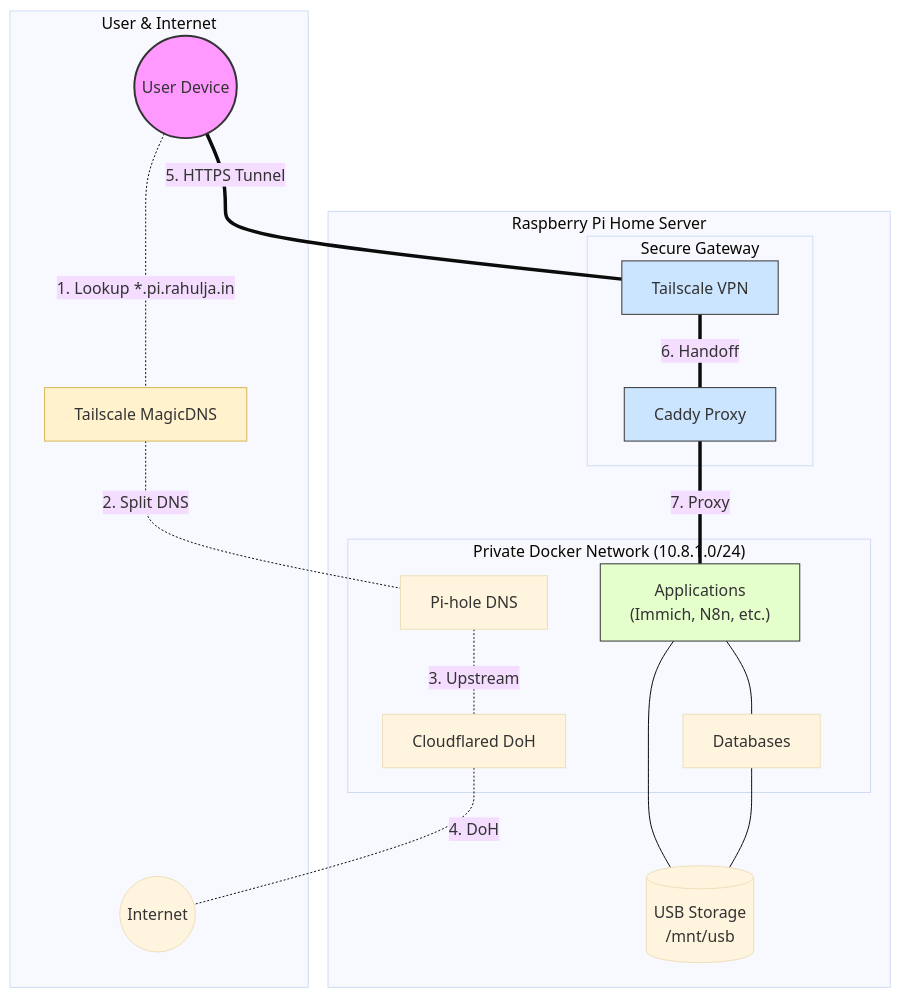
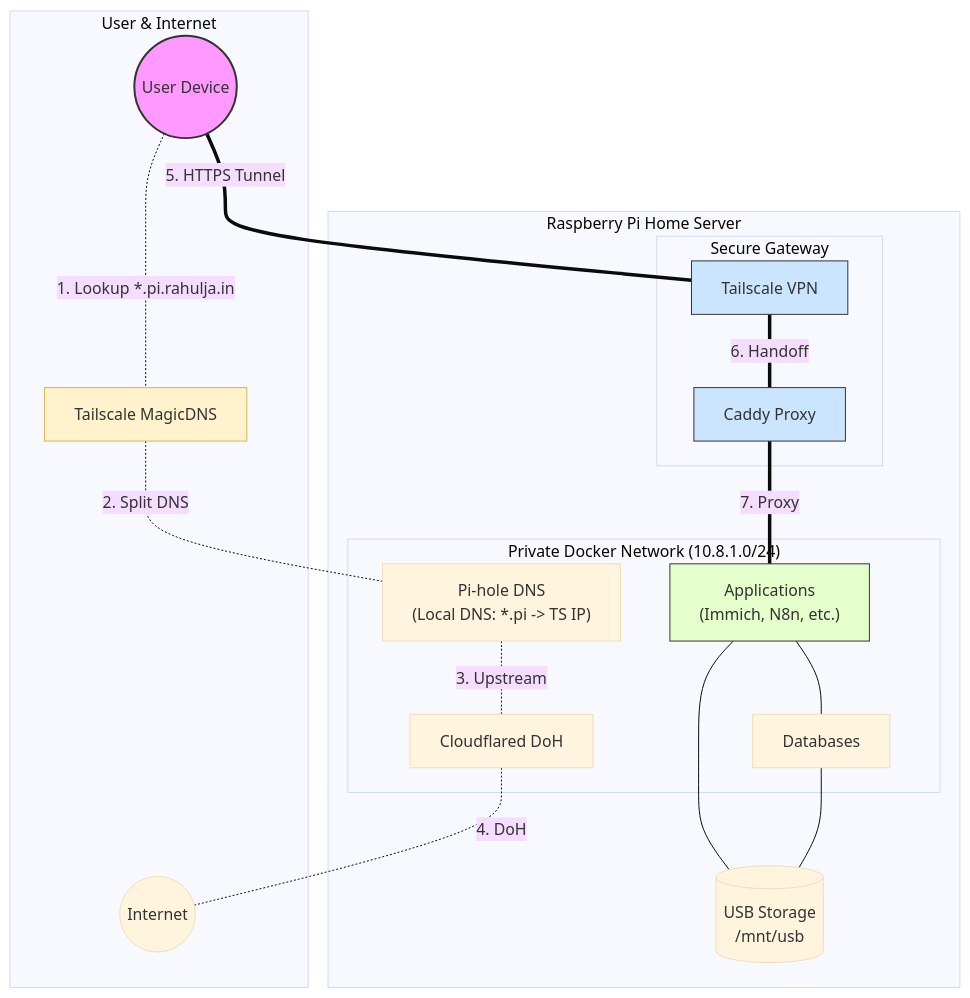
One commit to xRahul/Pi-setup changed the diagram in README.md. Above: the diagram before and after it, drawn with Mermaid (base theme).

Commit message:
docs: clarify Pi-hole local DNS records in arch diagram

````diff
--- a/README.md
+++ b/README.md
@@ -19,52 +19,52 @@
 ```mermaid
 graph TD
     %% --- Clients & External ---
     subgraph Remote ["User & Internet"]
         user((User Device))
         magicdns[Tailscale MagicDNS]
         internet((Internet))
     end
 
     %% --- The Server ---
     subgraph Server ["Raspberry Pi Home Server"]
         
         %% Entry Point
         subgraph Gateway ["Secure Gateway"]
             ts[Tailscale VPN]
             caddy[Caddy Proxy]
         end
 
         %% Internal Network
         subgraph Internal ["Private Docker Network (10.8.1.0/24)"]
-            pihole[Pi-hole DNS]
+            pihole["Pi-hole DNS<br/>(Local DNS: *.pi -> TS IP)"]
             cloudflared[Cloudflared DoH]
             apps["Applications<br/>(Immich, N8n, etc.)"]
             db[Databases]
         end
         
         storage[("USB Storage<br/>/mnt/usb")]
     end
 
     %% --- FLOW 1: DNS Resolution (Dotted) ---
     user -.-|1. Lookup *.pi.rahulja.in| magicdns
     magicdns -.-|2. Split DNS| pihole
     pihole -.-|3. Upstream| cloudflared
     cloudflared -.-|4. DoH| internet
 
     %% --- FLOW 2: Secure Access (Solid / Thick) ---
     user ===|5. HTTPS Tunnel| ts
     ts ===|6. Handoff| caddy
     caddy ===|7. Proxy| apps
 
     %% --- Dependencies ---
     apps --- db
     apps --- storage
     db --- storage
 
     %% --- Styling ---
     style user fill:#f9f,stroke:#333,stroke-width:2px
     style magicdns fill:#fff2cc,stroke:#d6b656
     style ts fill:#cce5ff,stroke:#333
     style caddy fill:#cce5ff,stroke:#333
     style apps fill:#e5ffcc,stroke:#333
 ```
````
